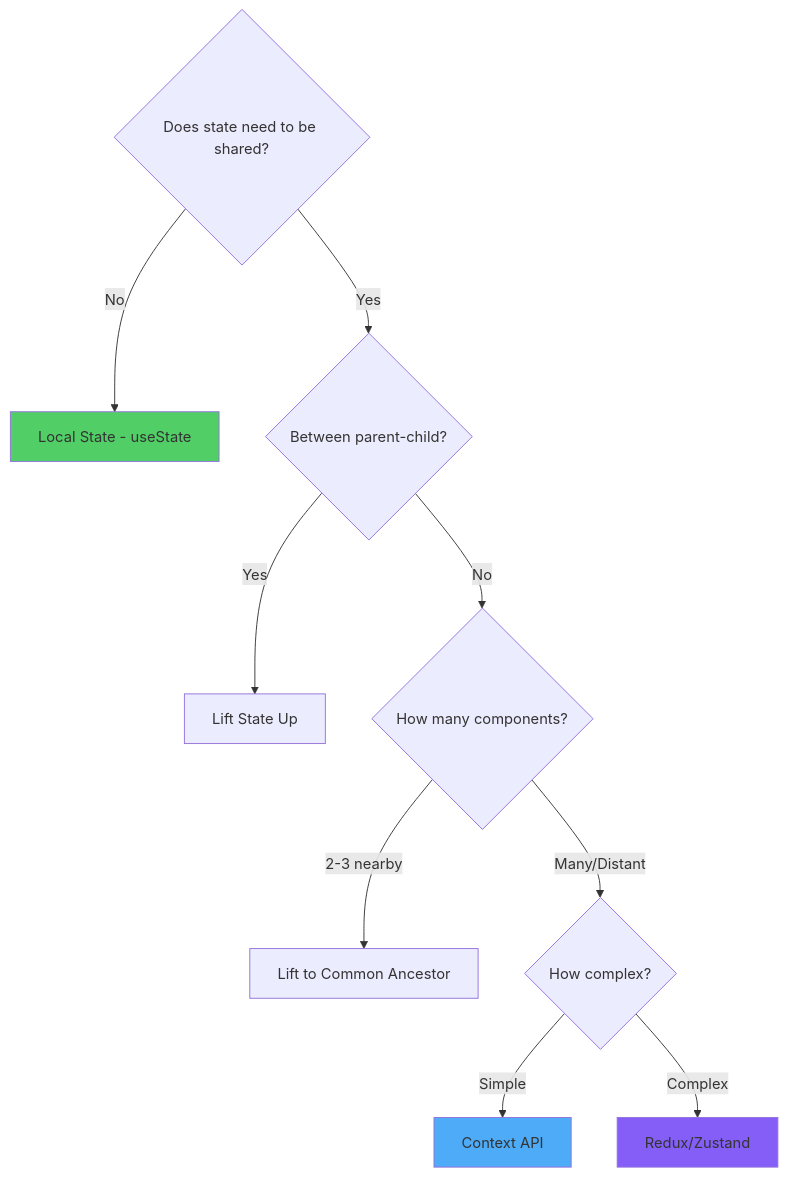
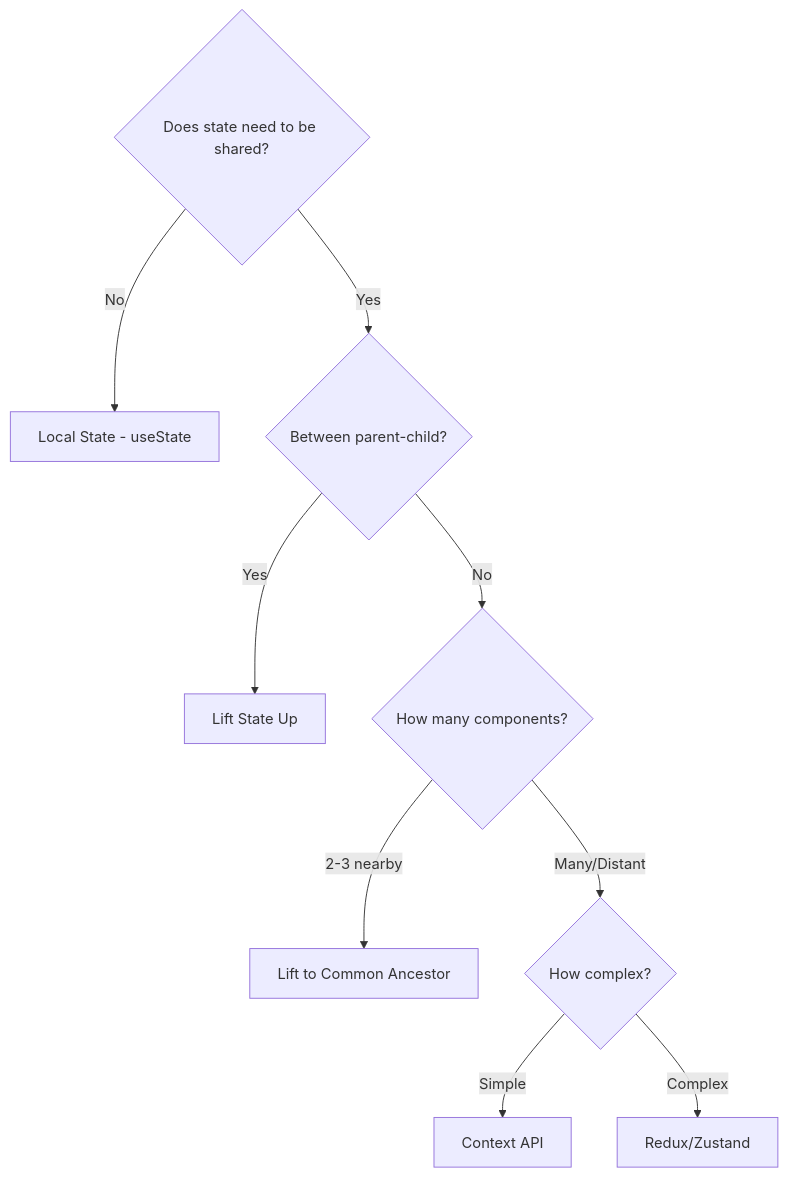
Before and after one commit to BabaScience/react-guides: the second of 7 diagrams in arguments/chapters/06-state-management.md, drawn with Mermaid. The commit also changed other lines of this file and 29 other files, not shown here.

First line of the commit message:
Bring React FR/IT translations to full English parity + theme-safe diagrams

````diff
--- a/arguments/chapters/06-state-management.md
+++ b/arguments/chapters/06-state-management.md
@@ -113,18 +110,15 @@
 ```mermaid
 graph TD
     A{Does state need to be shared?} -->|No| B[Local State - useState]
     A -->|Yes| C{Between parent-child?}
     
     C -->|Yes| D[Lift State Up]
     C -->|No| E{How many components?}
     
     E -->|2-3 nearby| F[Lift to Common Ancestor]
     E -->|Many/Distant| G{How complex?}
     
     G -->|Simple| H[Context API]
     G -->|Complex| I[Redux/Zustand]
     
-    style B fill:#51cf66
-    style H fill:#4dabf7
-    style I fill:#845ef7
 ```
````
